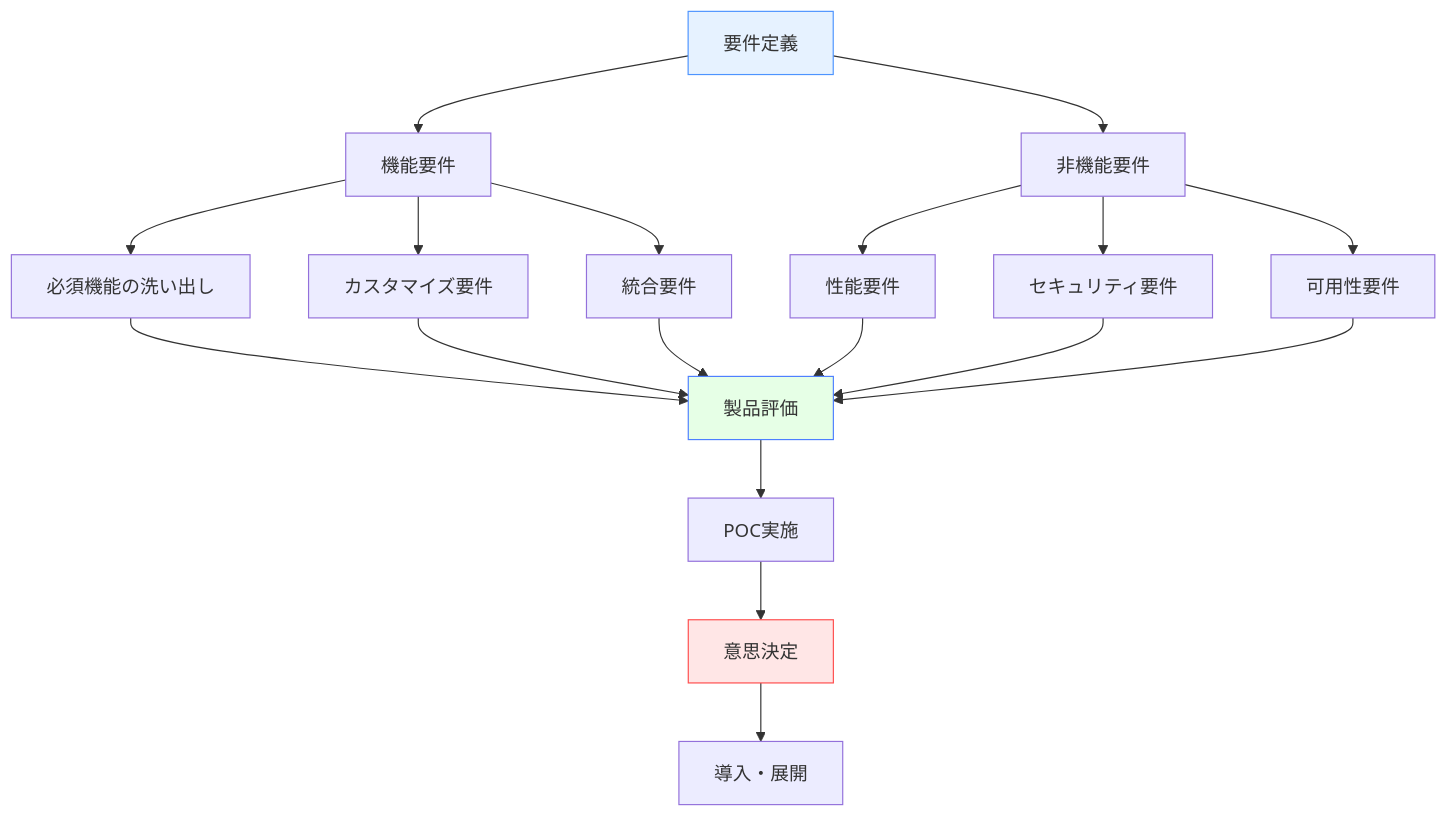
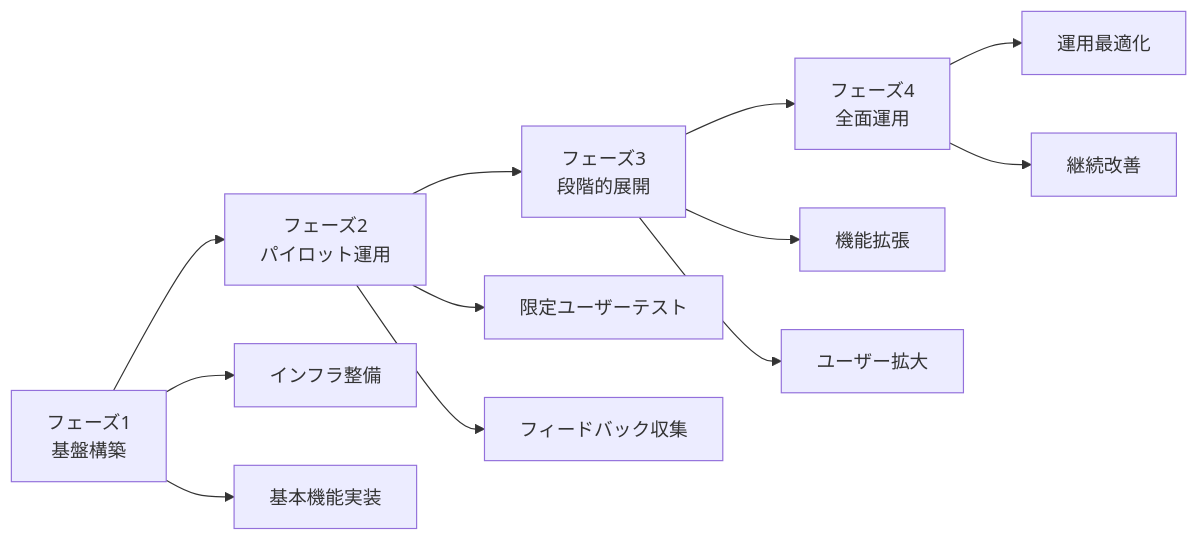
Before and after one commit to shuji-bonji/Situational-Awareness-and-Decision-Making: the fourth of 4 diagrams in docs/software/index.md, drawn with Mermaid. The commit also changed other lines of this file and 2 other files, not shown here.

````diff
--- a/docs/software/index.md
+++ b/docs/software/index.md
@@ -414,28 +455,18 @@
 ```mermaid
-graph TD
-    A[要件定義] --> B[機能要件]
-    A --> C[非機能要件]
+graph LR
+    A[フェーズ1<br>基盤構築] --> B[フェーズ2<br>パイロット運用]
+    B --> C[フェーズ3<br>段階的展開]
+    C --> D[フェーズ4<br>全面運用]
     
-    B --> B1[必須機能の洗い出し]
-    B --> B2[カスタマイズ要件]
-    B --> B3[統合要件]
+    A --> A1[インフラ整備]
+    A --> A2[基本機能実装]
     
-    C --> C1[性能要件]
-    C --> C2[セキュリティ要件]
-    C --> C3[可用性要件]
+    B --> B1[限定ユーザーテスト]
+    B --> B2[フィードバック収集]
     
-    B1 --> D[製品評価]
-    B2 --> D
-    B3 --> D
-    C1 --> D
-    C2 --> D
-    C3 --> D
+    C --> C1[機能拡張]
+    C --> C2[ユーザー拡大]
     
-    D --> E[POC実施]
-    E --> F[意思決定]
-    F --> G[導入・展開]
-    
-    style A fill:#e6f2ff,stroke:#4d94ff
-    style D fill:#e6ffe6,stroke:#4d7fff
-    style F fill:#ffe6e6,stroke:#ff4d4d
+    D --> D1[運用最適化]
+    D --> D2[継続改善]
 ```
````
